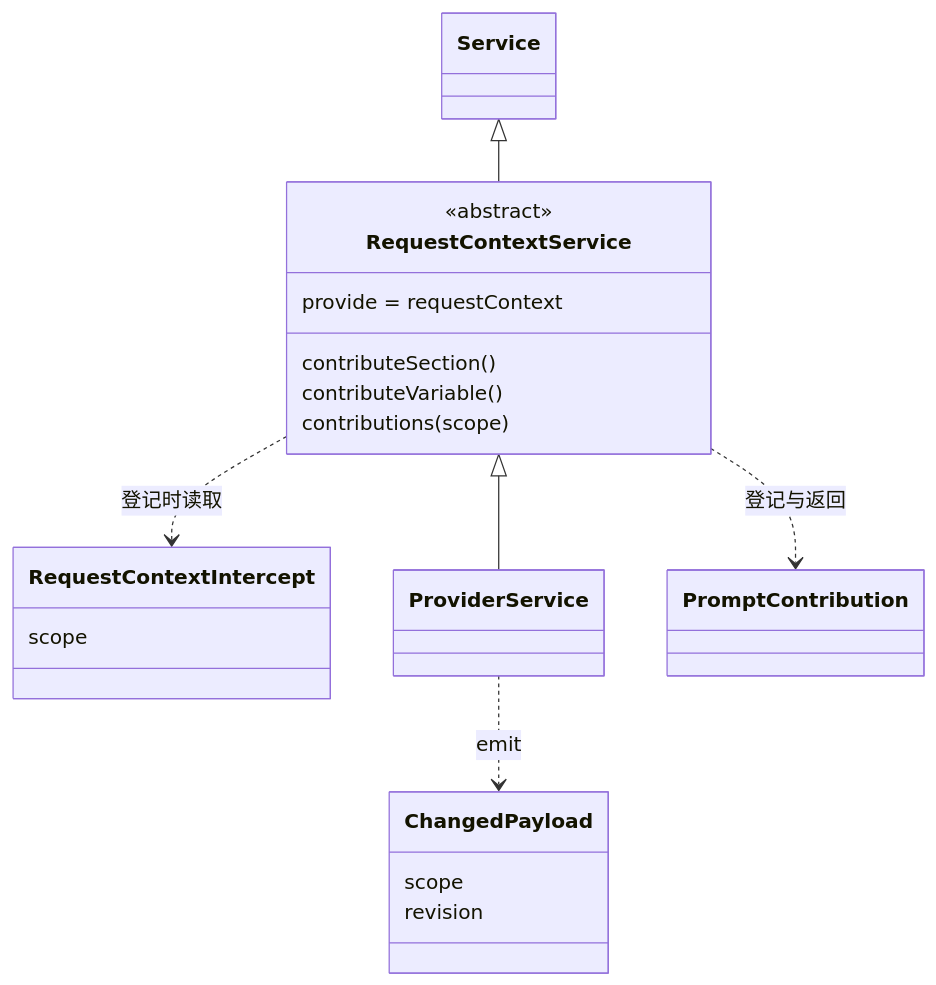
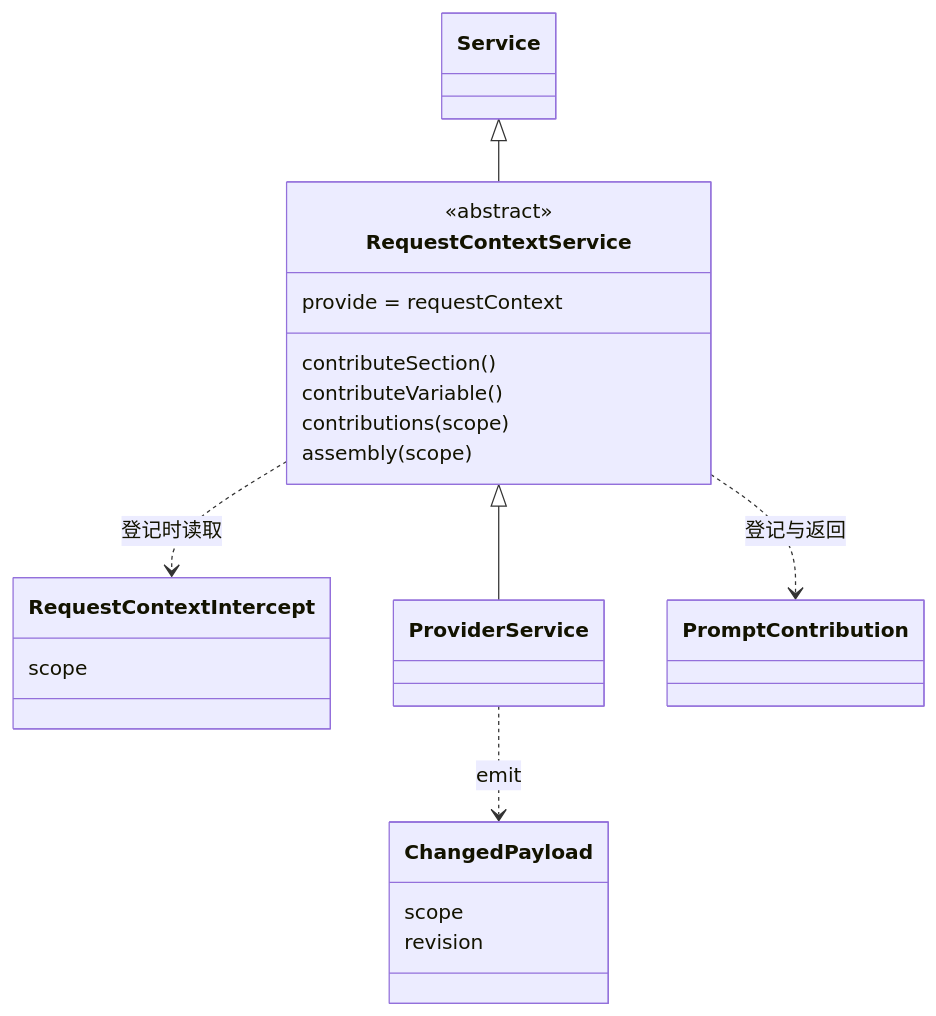
Before and after one commit to nemori-ai/omne-harness-lite: the diagram in packages/context/request-context-cordis-contract/docs/object-model.md, drawn with Mermaid. The commit also changed other lines of this file and 70 other files, not shown here.

````diff
--- a/packages/context/request-context-cordis-contract/docs/object-model.md
+++ b/packages/context/request-context-cordis-contract/docs/object-model.md
@@ -15,25 +15,26 @@
 ```mermaid
 classDiagram
   class Service
   class RequestContextService {
     <<abstract>>
     provide = requestContext
     contributeSection()
     contributeVariable()
     contributions(scope)
+    assembly(scope)
   }
   class RequestContextIntercept {
     scope
   }
   class ChangedPayload {
     scope
     revision
   }
   class ProviderService
   class PromptContribution
   Service <|-- RequestContextService
   RequestContextService <|-- ProviderService
   RequestContextService ..> RequestContextIntercept : 登记时读取
   RequestContextService ..> PromptContribution : 登记与返回
   ProviderService ..> ChangedPayload : emit
 ```
````
